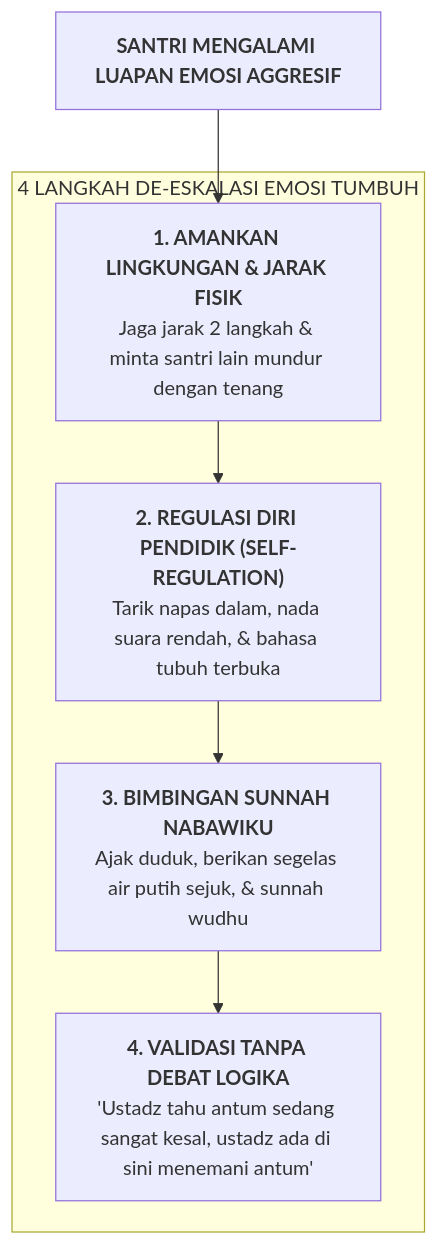
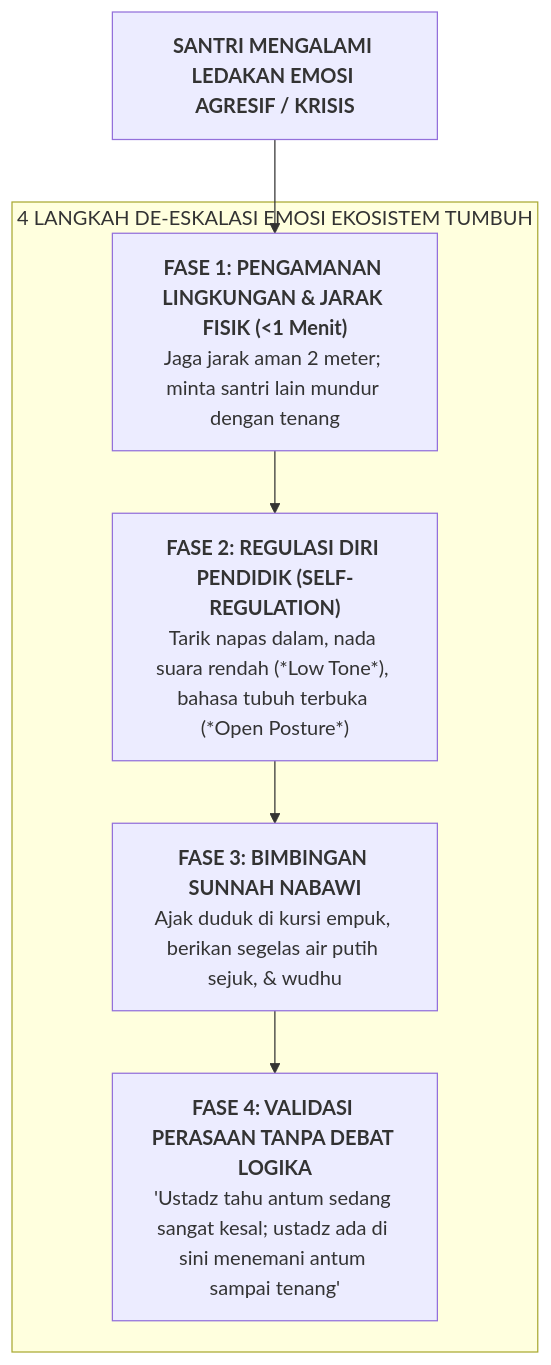
Before and after one commit to wandiapriliyandi/tumbuh: the diagram in BOOK Series 2/Volume-04-Intervensi-PBIS-dan-Disiplin-Restoratif/Bab-06-Bilik-Sakinah-dan-De-eskalasi-Krisis/02-Protokol-De-Eskalasi-Krisis-Emosi.md, drawn with Mermaid. The commit also changed other lines of this file and 61 other files, not shown here.

````diff
--- a/BOOK Series 2/Volume-04-Intervensi-PBIS-dan-Disiplin-Restoratif/Bab-06-Bilik-Sakinah-dan-De-eskalasi-Krisis/02-Protokol-De-Eskalasi-Krisis-Emosi.md
+++ b/BOOK Series 2/Volume-04-Intervensi-PBIS-dan-Disiplin-Restoratif/Bab-06-Bilik-Sakinah-dan-De-eskalasi-Krisis/02-Protokol-De-Eskalasi-Krisis-Emosi.md
@@ -13,13 +13,16 @@
 ```mermaid
 flowchart TD
-    Krisis["<b>SANTRI MENGALAMI LUAPAN EMOSI AGGRESIF</b>"]
+    SantriKrisis["<b>SANTRI MENGALAMI LEDAKAN EMOSI AGRESIF / KRISIS</b>"]
     
-    subgraph ProtokolDeEskalasi["4 LANGKAH DE-ESKALASI EMOSI TUMBUH"]
-        L1["<b>1. AMANKAN LINGKUNGAN & JARAK FISIK</b><br/>Jaga jarak 2 langkah & minta santri lain mundur dengan tenang"]
-        L2["<b>2. REGULASI DIRI PENDIDIK (SELF-REGULATION)</b><br/>Tarik napas dalam, nada suara rendah, & bahasa tubuh terbuka"]
-        L3["<b>3. BIMBINGAN SUNNAH NABAWIKU</b><br/>Ajak duduk, berikan segelas air putih sejuk, & sunnah wudhu"]
-        L4["<b>4. VALIDASI TANPA DEBAT LOGIKA</b><br/>'Ustadz tahu antum sedang sangat kesal, ustadz ada di sini menemani antum'"]
+    subgraph EmpatFaseDeEskalasi["4 LANGKAH DE-ESKALASI EMOSI EKOSISTEM TUMBUH"]
+        F1["<b>FASE 1: PENGAMANAN LINGKUNGAN & JARAK FISIK (<1 Menit)</b><br/>Jaga jarak aman 2 meter; minta santri lain mundur dengan tenang"]
+        
+        F2["<b>FASE 2: REGULASI DIRI PENDIDIK (SELF-REGULATION)</b><br/>Tarik napas dalam, nada suara rendah (*Low Tone*), bahasa tubuh terbuka (*Open Posture*)"]
+        
+        F3["<b>FASE 3: BIMBINGAN SUNNAH NABAWI</b><br/>Ajak duduk di kursi empuk, berikan segelas air putih sejuk, & wudhu"]
+        
+        F4["<b>FASE 4: VALIDASI PERASAAN TANPA DEBAT LOGIKA</b><br/>'Ustadz tahu antum sedang sangat kesal; ustadz ada di sini menemani antum sampai tenang'"]
     end
 
-    Krisis --> L1 --> L2 --> L3 --> L4
+    SantriKrisis --> F1 --> F2 --> F3 --> F4
 ```
````
